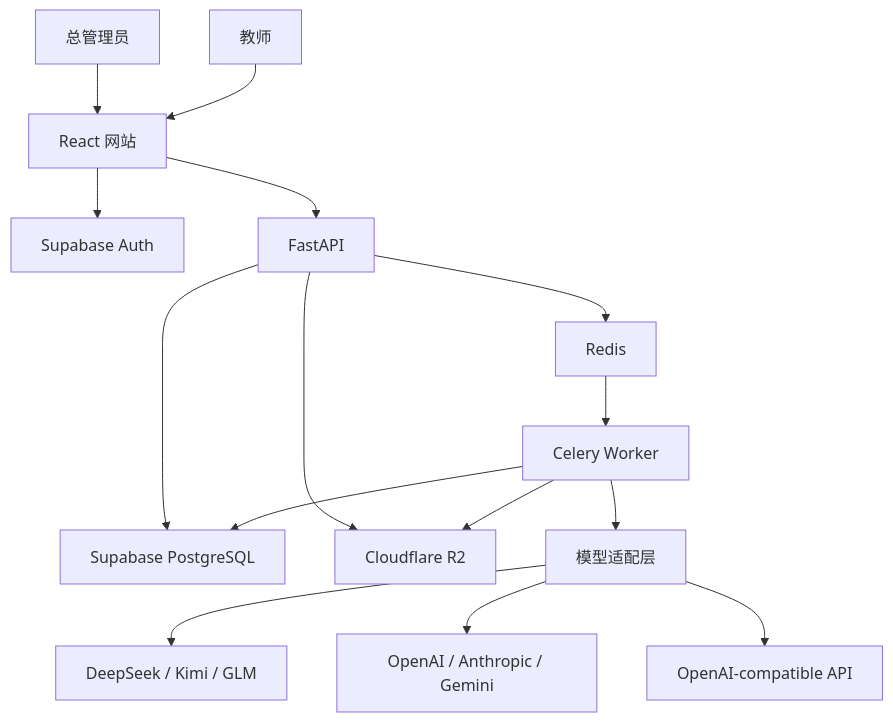
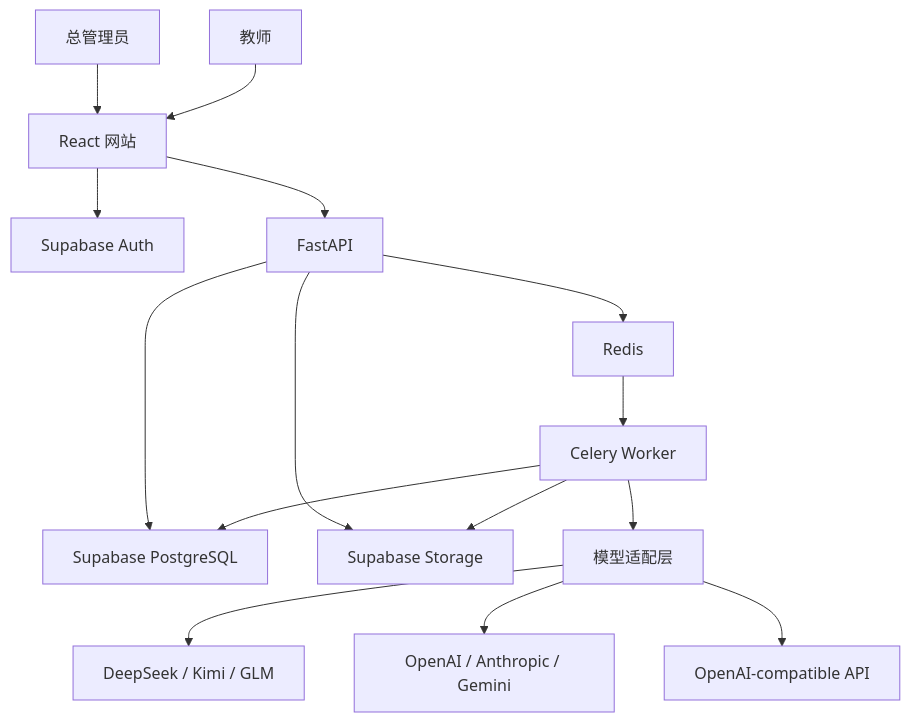
The diagram in ARCHITECTURE.md (chioapple/paper-grading), drawn with Mermaid before and after one commit. The commit also changed other lines of this file and 158 other files, not shown here.

````diff
--- a/ARCHITECTURE.md
+++ b/ARCHITECTURE.md
@@ -5,17 +5,17 @@
 ```mermaid
 flowchart TD
     A[总管理员] --> WEB[React 网站]
     T[教师] --> WEB
     WEB --> AUTH[Supabase Auth]
     WEB --> API[FastAPI]
     API --> DB[Supabase PostgreSQL]
-    API --> R2[Cloudflare R2]
+    API --> STORAGE[Supabase Storage]
     API --> REDIS[Redis]
     REDIS --> WORKER[Celery Worker]
     WORKER --> PROVIDERS[模型适配层]
     PROVIDERS --> CN[DeepSeek / Kimi / GLM]
     PROVIDERS --> GLOBAL[OpenAI / Anthropic / Gemini]
     PROVIDERS --> COMPAT[OpenAI-compatible API]
     WORKER --> DB
-    WORKER --> R2
+    WORKER --> STORAGE
 ```
````
